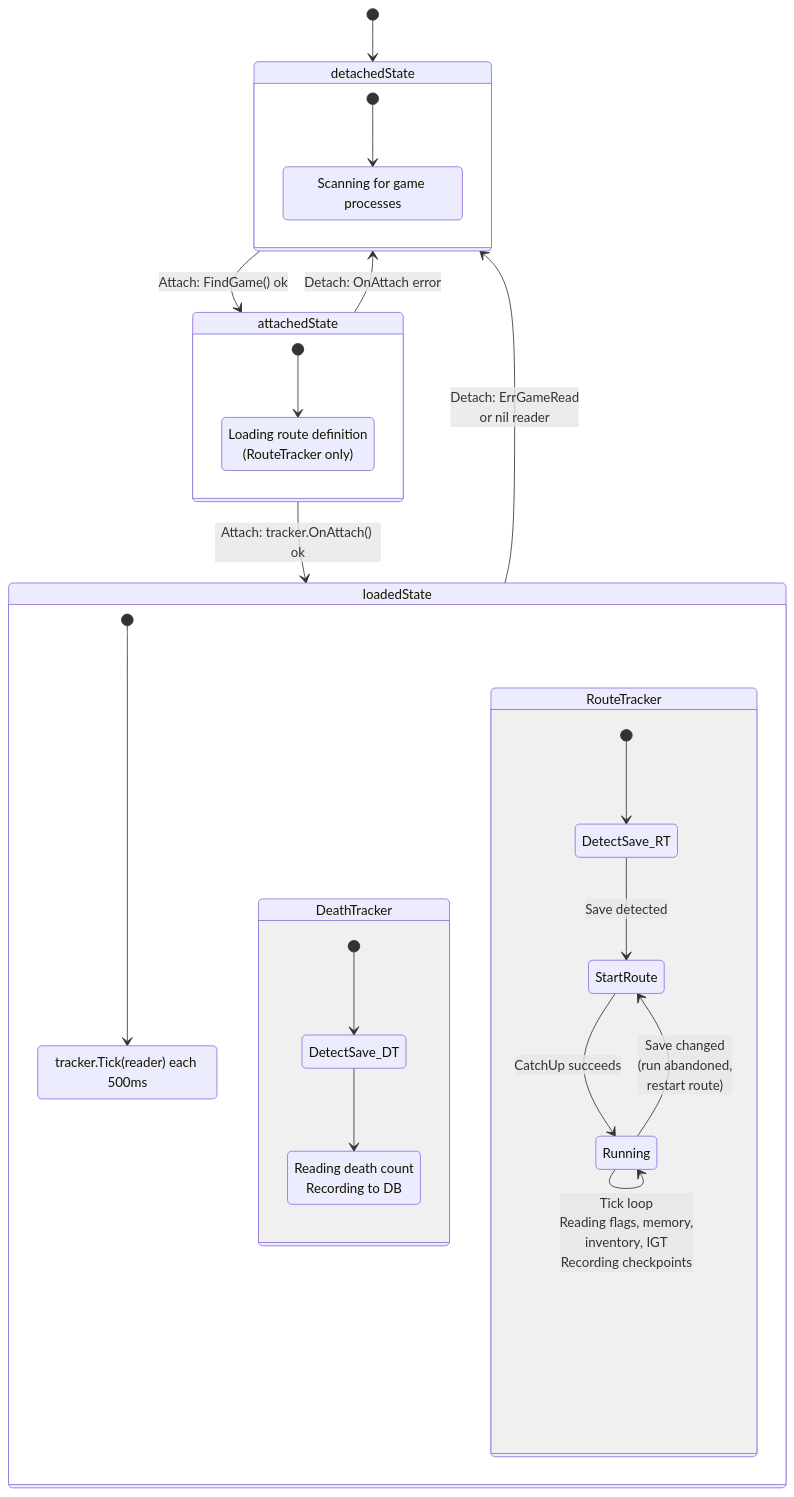
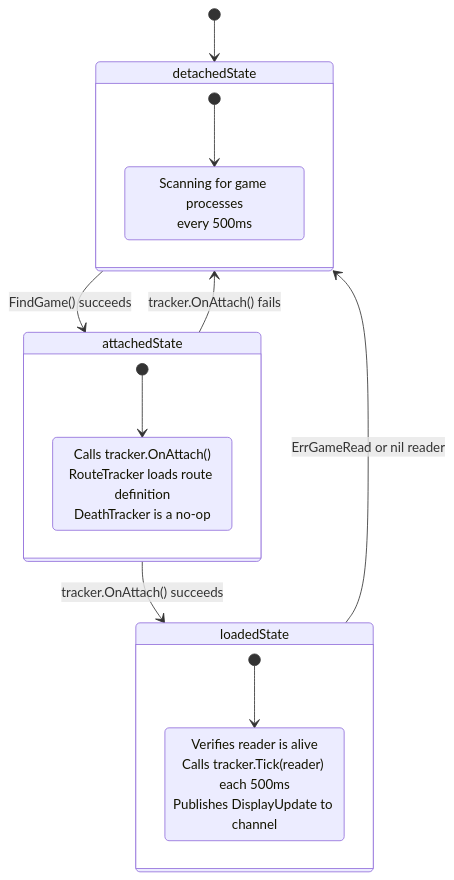
The first of 2 diagrams in README.md (rjansen/deathcounter), drawn with Mermaid before and after one commit. The commit also changed other lines of this file and 1 other file, not shown here.

First line of the commit message:
docs: update README and CLAUDE.md for Bridge pattern and tracker states

````diff
--- a/README.md
+++ b/README.md
@@ -225,39 +226,26 @@
 ```mermaid
 stateDiagram-v2
     [*] --> detachedState
 
-    detachedState --> attachedState : Attach: FindGame() ok
-    attachedState --> loadedState : Attach: tracker.OnAttach() ok
+    detachedState --> attachedState : FindGame() succeeds
 
-    attachedState --> detachedState : Detach: OnAttach error
-    loadedState --> detachedState : Detach: ErrGameRead<br/>or nil reader
+    attachedState --> loadedState : tracker.OnAttach() succeeds
+    attachedState --> detachedState : tracker.OnAttach() fails
+
+    loadedState --> detachedState : ErrGameRead or nil reader
 
     state detachedState {
-        [*] --> WaitingForGame
-        WaitingForGame : Scanning for game processes
+        [*] --> Scanning
+        Scanning : Scanning for game processes<br/>every 500ms
     }
 
     state attachedState {
         [*] --> InitTracker
-        InitTracker : Loading route definition<br/>(RouteTracker only)
+        InitTracker : Calls tracker.OnAttach()<br/>RouteTracker loads route definition<br/>DeathTracker is a no-op
     }
 
     state loadedState {
         [*] --> Ticking
-        Ticking : tracker.Tick(reader) each 500ms
-
-        state DeathTracker {
-            [*] --> DetectSave_DT
-            DetectSave_DT --> ReadDeaths
-            ReadDeaths : Reading death count<br/>Recording to DB
-        }
-
-        state RouteTracker {
-            [*] --> DetectSave_RT
-            DetectSave_RT --> StartRoute : Save detected
-            StartRoute --> Running : CatchUp succeeds
-            Running --> Running : Tick loop<br/>Reading flags, memory,<br/>inventory, IGT<br/>Recording checkpoints
-            Running --> StartRoute : Save changed<br/>(run abandoned,<br/>restart route)
-        }
+        Ticking : Verifies reader is alive<br/>Calls tracker.Tick(reader) each 500ms<br/>Publishes DisplayUpdate to channel
     }
 ```
````
